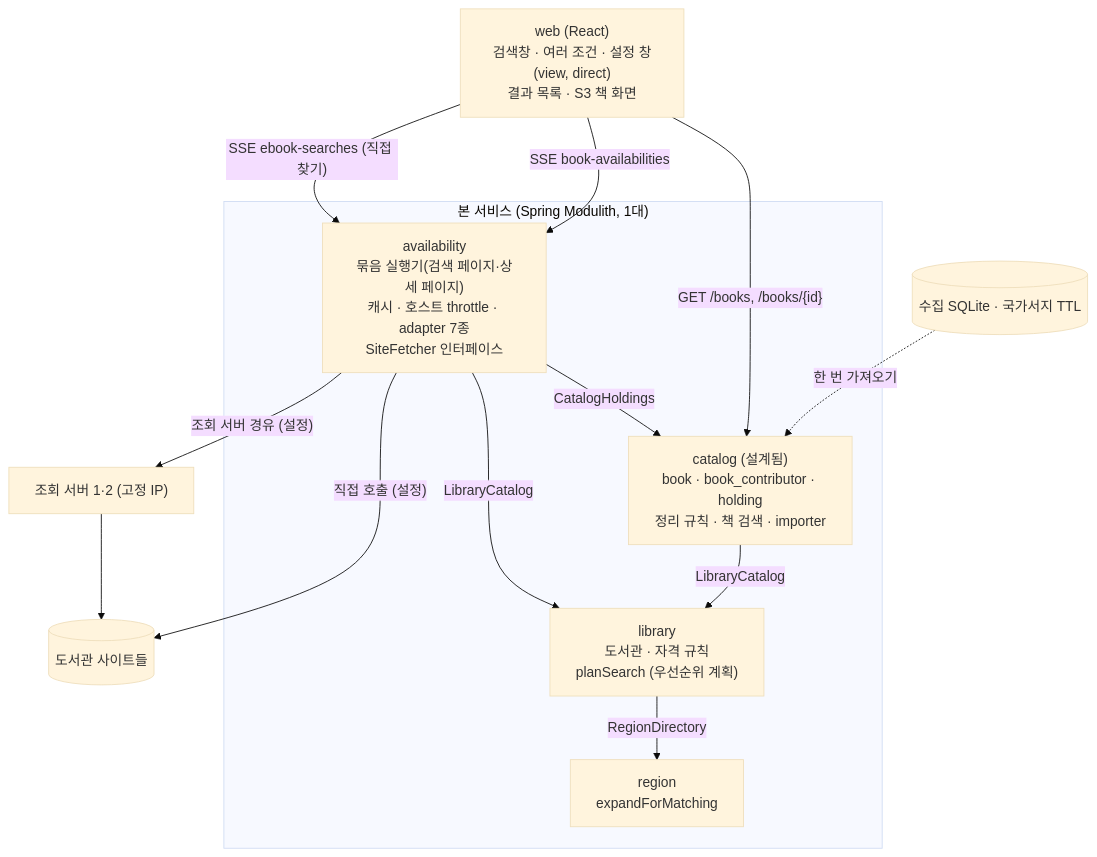
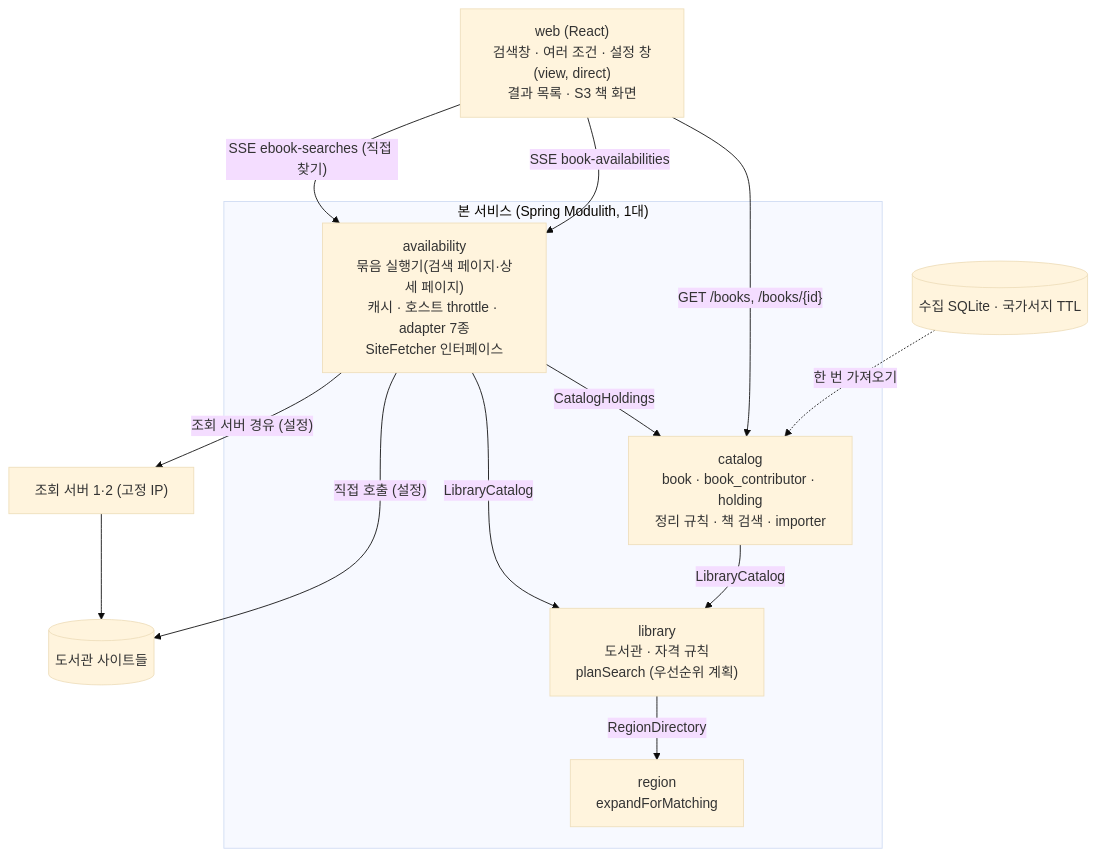
One commit to hodu-sketch/chaekcheck-plan changed the first of 2 diagrams in docs/current/module-map.md. Above: the diagram before and after it, drawn with Mermaid (base theme). The commit also changed other lines of this file and 19 other files, not shown here.

````diff
--- a/docs/current/module-map.md
+++ b/docs/current/module-map.md
@@ -21,21 +21,21 @@
 ```mermaid
 flowchart TB
   web["web (React)<br/>검색창 · 여러 조건 · 설정 창(view, direct)<br/>결과 목록 · S3 책 화면"]
   subgraph main["본 서비스 (Spring Modulith, 1대)"]
-    catalog["catalog (설계됨)<br/>book · book_contributor · holding<br/>정리 규칙 · 책 검색 · importer"]
+    catalog["catalog<br/>book · book_contributor · holding<br/>정리 규칙 · 책 검색 · importer"]
     availability["availability<br/>묶음 실행기(검색 페이지·상세 페이지)<br/>캐시 · 호스트 throttle · adapter 7종<br/>SiteFetcher 인터페이스"]
     library["library<br/>도서관 · 자격 규칙<br/>planSearch (우선순위 계획)"]
     region["region<br/>expandForMatching"]
     catalog -->|"LibraryCatalog"| library
     availability -->|"CatalogHoldings"| catalog
     availability -->|"LibraryCatalog"| library
     library -->|"RegionDirectory"| region
   end
   web -->|"GET /books, /books/{id}"| catalog
   web -->|"SSE book-availabilities"| availability
   web -->|"SSE ebook-searches (직접 찾기)"| availability
   availability -->|"직접 호출 (설정)"| sites[("도서관 사이트들")]
   availability -->|"조회 서버 경유 (설정)"| fetch1["조회 서버 1·2 (고정 IP)"]
   fetch1 --> sites
   src[("수집 SQLite · 국가서지 TTL")] -.->|"한 번 가져오기"| catalog
 ```
````
